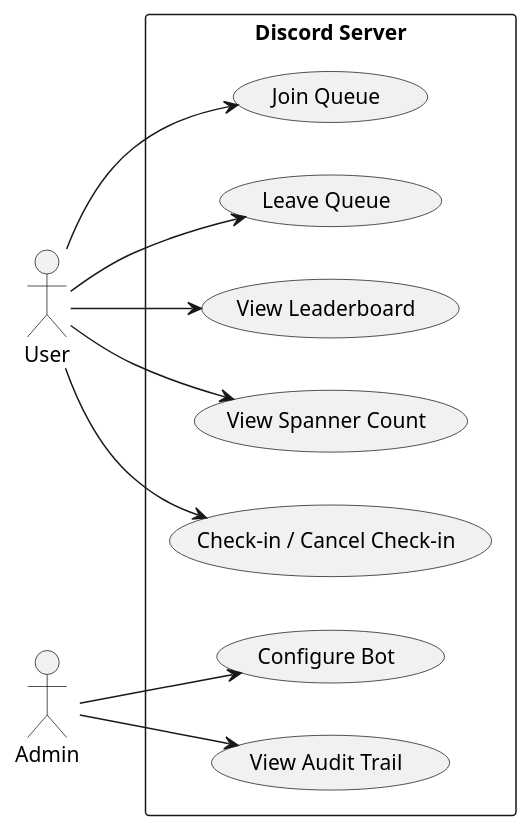
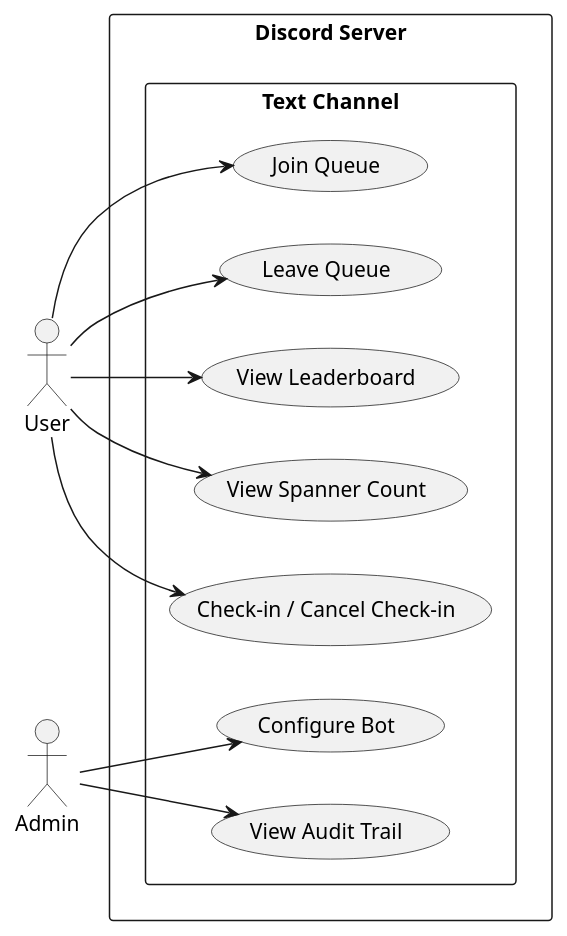
One commit to JNicoG/discord-spanner-bot changed the diagram in docs/diagrams/use-case.puml. Above: the diagram before and after it, drawn with PlantUML. The commit also changed 8 other files, not shown here.

Commit message:
update diagrams and readme

```diff
--- a/docs/diagrams/use-case.puml
+++ b/docs/diagrams/use-case.puml
@@ -1,15 +1,17 @@
 @startuml
 left to right direction
 actor User
 actor Admin
 rectangle "Discord Server" {
-  User --> (Join Queue)
-  User --> (Leave Queue)
-  User --> (View Leaderboard)
-  User --> (View Spanner Count)
-  User --> (Check-in / Cancel Check-in)
+    rectangle "Text Channel" {
+          User --> (Join Queue)
+          User --> (Leave Queue)
+          User --> (View Leaderboard)
+          User --> (View Spanner Count)
+          User --> (Check-in / Cancel Check-in)
 
-  Admin --> (Configure Bot)
-  Admin --> (View Audit Trail)
+          Admin --> (Configure Bot)
+          Admin --> (View Audit Trail)
+      }
 }
 @enduml
```
